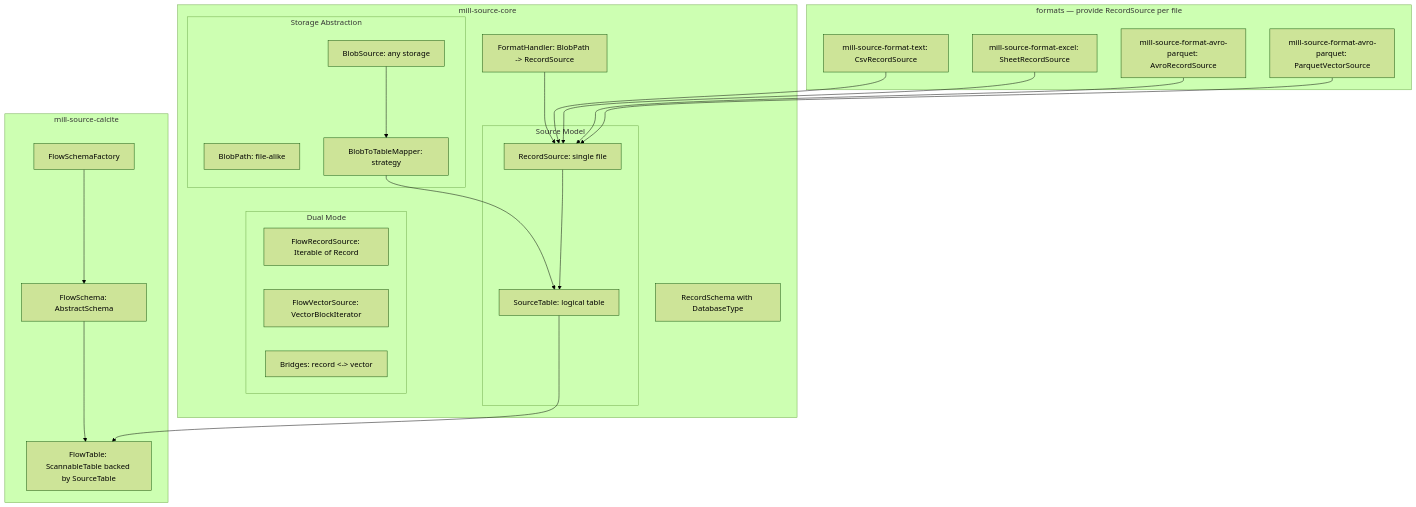
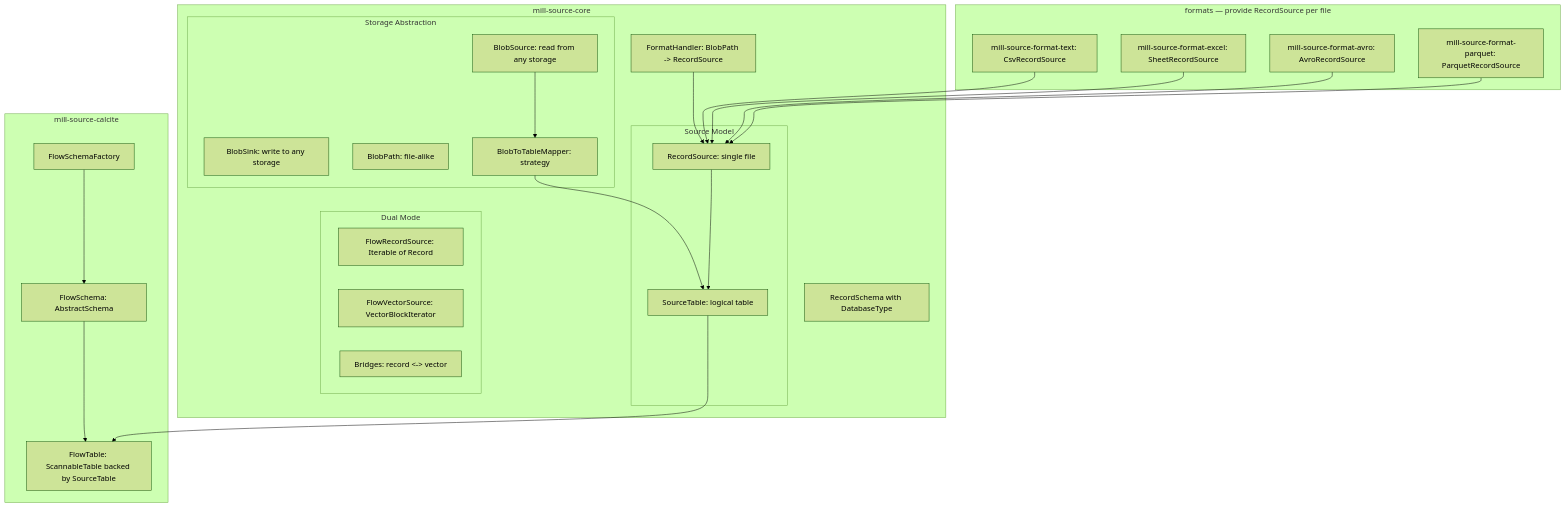
The second of 2 diagrams in docs/design/source/flow-kt-design.md (qpointz/qpointz), drawn with Mermaid (forest theme) before and after one commit. The commit also changed other lines of this file and 54 other files, not shown here.

Commit message:
[app] add new sources implementationd to app services [feat] split mill-source-format-avro-parquet into separate avro and parquet modules

````diff
--- a/docs/design/source/flow-kt-design.md
+++ b/docs/design/source/flow-kt-design.md
@@ -52,46 +53,47 @@
 ```mermaid
 flowchart TB
     subgraph formats [formats — provide RecordSource per file]
         CSV["mill-source-format-text: CsvRecordSource"]
         Excel["mill-source-format-excel: SheetRecordSource"]
-        Avro["mill-source-format-avro-parquet: AvroRecordSource"]
-        Parquet["mill-source-format-avro-parquet: ParquetVectorSource"]
+        Avro["mill-source-format-avro: AvroRecordSource"]
+        Parquet["mill-source-format-parquet: ParquetRecordSource"]
     end
 
     subgraph core [mill-source-core]
         subgraph sources [Source Model]
             RecordSrc["RecordSource: single file"]
             DataSrc["SourceTable: logical table"]
         end
         subgraph dualMode [Dual Mode]
             FlowRecordSrc["FlowRecordSource: Iterable of Record"]
             FlowVectorSrc["FlowVectorSource: VectorBlockIterator"]
             BridgeRV["Bridges: record <-> vector"]
         end
         subgraph storageAbstraction [Storage Abstraction]
-            BlobSrc2["BlobSource: any storage"]
+            BlobSrc2["BlobSource: read from any storage"]
+            BlobSnk2["BlobSink: write to any storage"]
             BlobPath2["BlobPath: file-alike"]
             TableMapper["BlobToTableMapper: strategy"]
         end
         Schema["RecordSchema with DatabaseType"]
         FmtHandler["FormatHandler: BlobPath -> RecordSource"]
     end
 
     subgraph calciteModule [mill-source-calcite]
         FlowTable["FlowTable: ScannableTable backed by SourceTable"]
         FlowSchema["FlowSchema: AbstractSchema"]
         Factory["FlowSchemaFactory"]
     end
 
     CSV --> RecordSrc
     Excel --> RecordSrc
     Avro --> RecordSrc
     Parquet --> RecordSrc
     BlobSrc2 --> TableMapper
     TableMapper --> DataSrc
     FmtHandler --> RecordSrc
     RecordSrc --> DataSrc
     DataSrc --> FlowTable
     FlowSchema --> FlowTable
     Factory --> FlowSchema
 ```
````
